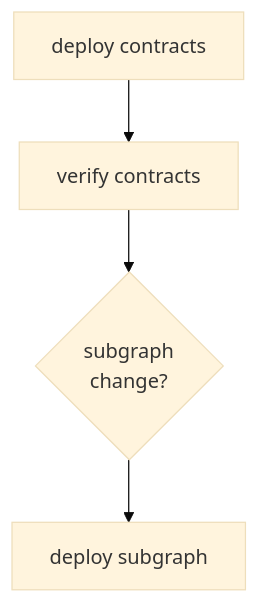
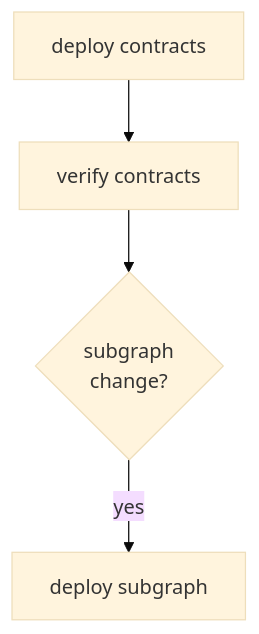
One commit to aragon/osx changed the diagram in packages/contracts/docs/developer-portal/04-framework-lifecycle/04-sub-processes/05-deployment.md. Above: the diagram before and after it, drawn with Mermaid (base theme). The commit also changed 1 other file, not shown here.

Commit message:
docs: apply suggestions from code review

````diff
--- a/packages/contracts/docs/developer-portal/04-framework-lifecycle/04-sub-processes/05-deployment.md
+++ b/packages/contracts/docs/developer-portal/04-framework-lifecycle/04-sub-processes/05-deployment.md
@@ -3,13 +3,13 @@
 ```mermaid
 flowchart TD
 
     deployContracts["deploy contracts"]
     verifyContract["verify contracts"]
 
     newSubgraph{"subgraph \n change?"}
     deploySubgraph["deploy subgraph"]
 
-    deployContracts --> verifyContract --> newSubgraph --> deploySubgraph
+    deployContracts --> verifyContract --> newSubgraph -->|yes| deploySubgraph
 
 
 ```
````
